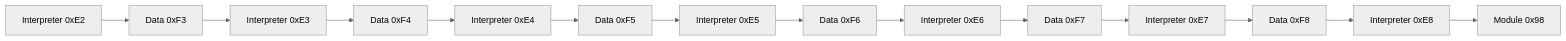
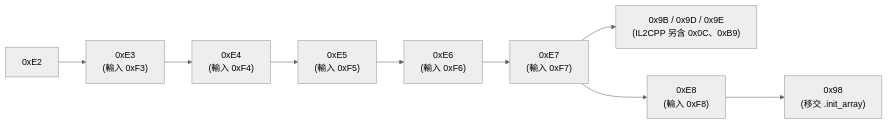
One commit to Momoko-Ayase/crackproof-research changed the diagram in internals/android-so/zh-tw/runtime/stage2-interpreter.md. Above: the diagram before and after it, drawn with Mermaid (neutral theme). The commit also changed other lines of this file and 446 other files, not shown here.

````diff
--- a/internals/android-so/zh-tw/runtime/stage2-interpreter.md
+++ b/internals/android-so/zh-tw/runtime/stage2-interpreter.md
@@ -9,16 +10,11 @@
 ```mermaid
 flowchart LR
-    E2["Interpreter 0xE2"] --> F3["Data 0xF3"]
-    F3 --> E3["Interpreter 0xE3"]
-    E3 --> F4["Data 0xF4"]
-    F4 --> E4["Interpreter 0xE4"]
-    E4 --> F5["Data 0xF5"]
-    F5 --> E5["Interpreter 0xE5"]
-    E5 --> F6["Data 0xF6"]
-    F6 --> E6["Interpreter 0xE6"]
-    E6 --> F7["Data 0xF7"]
-    F7 --> E7["Interpreter 0xE7"]
-    E7 --> F8["Data 0xF8"]
-    F8 --> E8["Interpreter 0xE8"]
-    E8 --> M98["Module 0x98"]
+    E2["0xE2"] --> E3["0xE3\n(輸入 0xF3)"]
+    E3 --> E4["0xE4\n(輸入 0xF4)"]
+    E4 --> E5["0xE5\n(輸入 0xF5)"]
+    E5 --> E6["0xE6\n(輸入 0xF6)"]
+    E6 --> E7["0xE7\n(輸入 0xF7)"]
+    E7 --> REST["0x9B / 0x9D / 0x9E\n(IL2CPP 另含 0x0C、0xB9)"]
+    E7 --> E8["0xE8\n(輸入 0xF8)"]
+    E8 --> M98["0x98\n(移交 .init_array)"]
 ```
````
